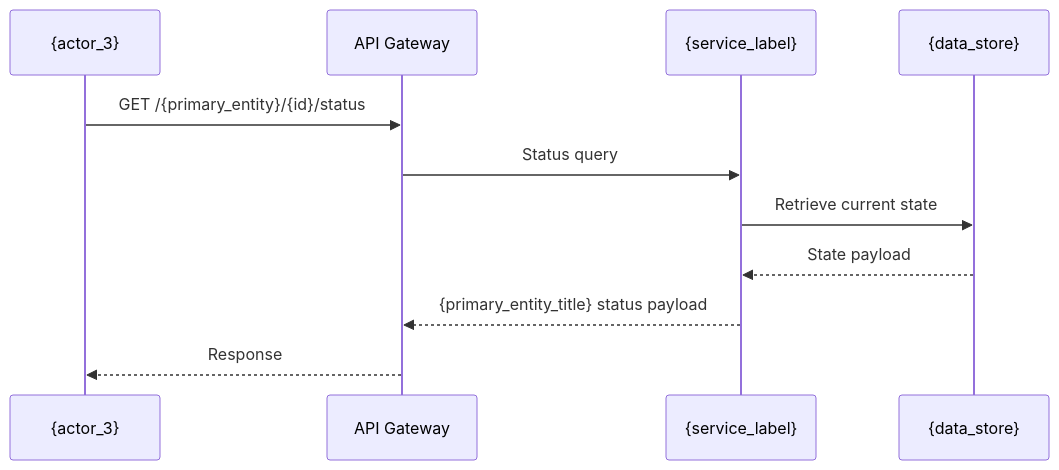
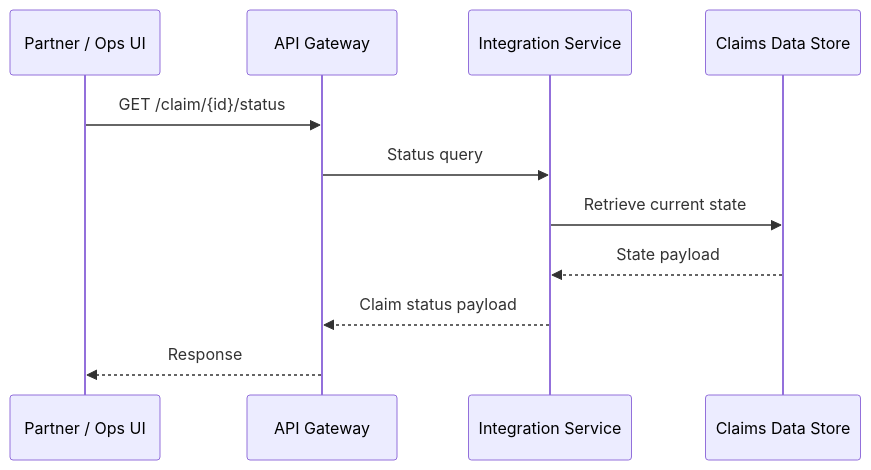
Before and after one commit to srinivma1/awesome-copilot: the fourth of 7 diagrams in HLD.md, drawn with Mermaid. The commit also changed other lines of this file, not shown here.

````diff
--- a/HLD.md
+++ b/HLD.md
@@ -574,13 +573,13 @@
 ```mermaid
 sequenceDiagram
-    participant UI as {actor_3}
+    participant UI as Partner / Ops UI
     participant GW as API Gateway
-    participant S as {service_label}
-    participant DB as {data_store}
-    UI->>GW: GET /{primary_entity}/{id}/status
+    participant S as Integration Service
+    participant DB as Claims Data Store
+    UI->>GW: GET /claim/{id}/status
     GW->>S: Status query
     S->>DB: Retrieve current state
     DB-->>S: State payload
-    S-->>GW: {primary_entity_title} status payload
+    S-->>GW: Claim status payload
     GW-->>UI: Response
 ```
````
